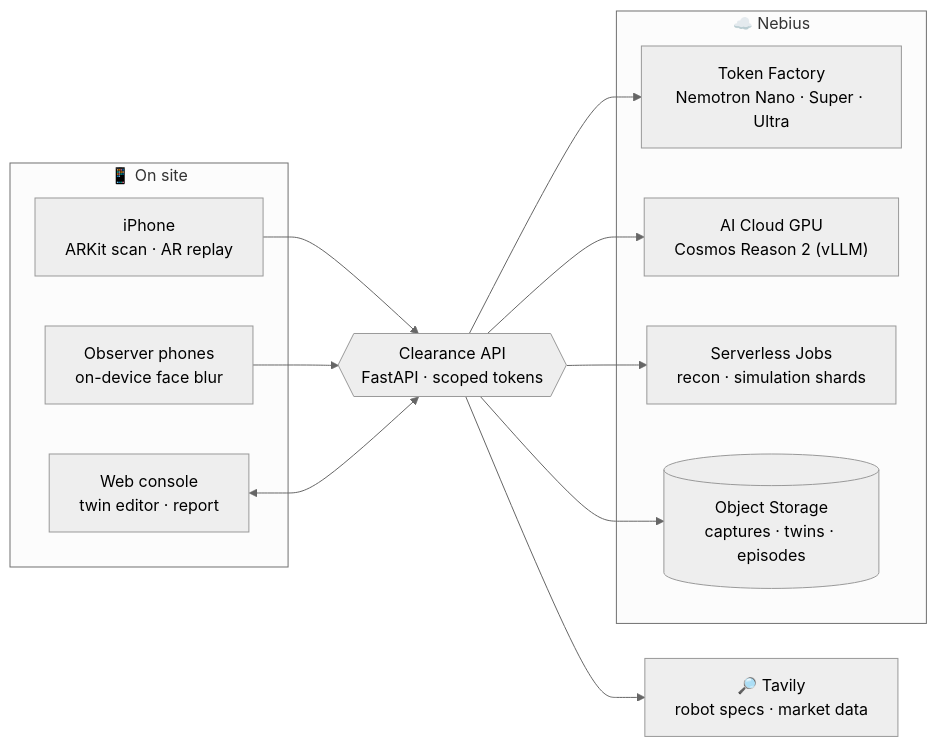
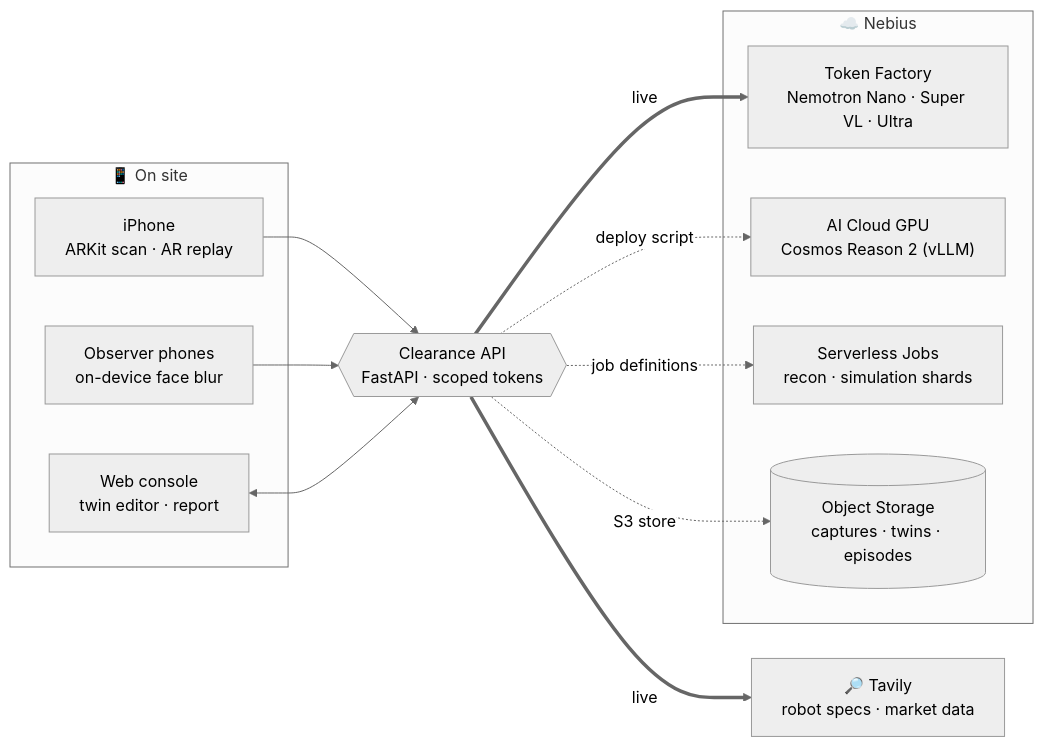
Before and after one commit to vivekyarra/Clearance: the first of 2 diagrams in README.md, drawn with Mermaid (neutral theme). The commit also changed other lines of this file, not shown here.

````diff
--- a/README.md
+++ b/README.md
@@ -71,28 +92,28 @@
 ```mermaid
 flowchart LR
     subgraph Devices["📱 On site"]
         IOS["iPhone<br/>ARKit scan · AR replay"]
         OBS["Observer phones<br/>on-device face blur"]
         WEB["Web console<br/>twin editor · report"]
     end
 
     API{{"Clearance API<br/>FastAPI · scoped tokens"}}
 
     subgraph Nebius["☁️ Nebius"]
-        TF["Token Factory<br/>Nemotron Nano · Super · Ultra"]
+        TF["Token Factory<br/>Nemotron Nano · Super VL · Ultra"]
         COS["AI Cloud GPU<br/>Cosmos Reason 2 (vLLM)"]
         JOBS["Serverless Jobs<br/>recon · simulation shards"]
         OS[("Object Storage<br/>captures · twins · episodes")]
     end
 
     TAV["🔎 Tavily<br/>robot specs · market data"]
 
     IOS --> API
     OBS --> API
     WEB <--> API
-    API --> TF
-    API --> COS
-    API --> JOBS
-    API --> OS
-    API --> TAV
+    API ==>|live| TF
+    API -.->|deploy script| COS
+    API -.->|job definitions| JOBS
+    API -.->|S3 store| OS
+    API ==>|live| TAV
 ```
````
